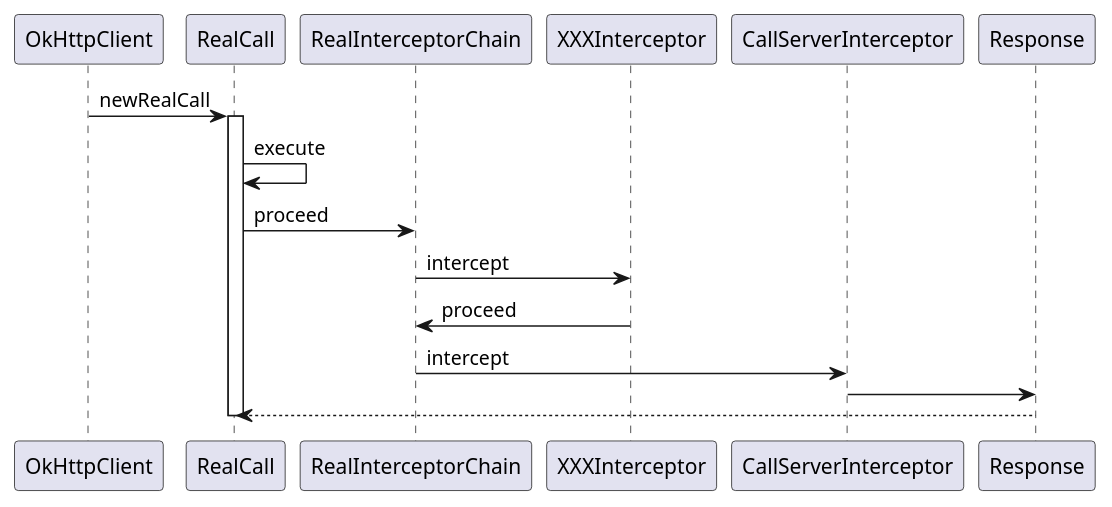
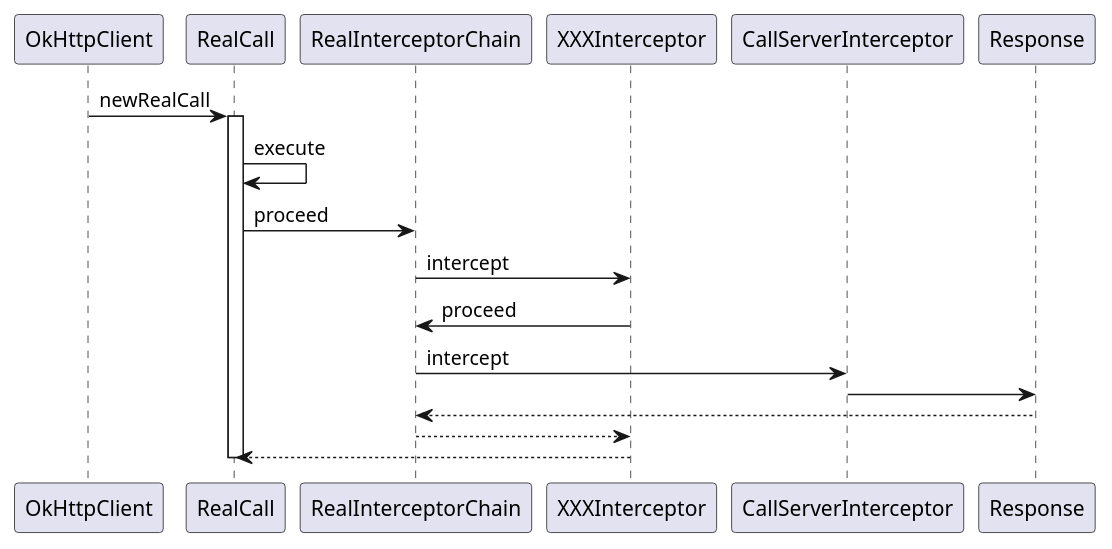
One commit to booqin/OkHttpSample changed the diagram in call.puml. Above: the diagram before and after it, drawn with PlantUML. The commit also changed 7 other files, not shown here.

```diff
--- a/call.puml
+++ b/call.puml
@@ -1,14 +1,16 @@
 @startuml
 OkHttpClient -> RealCall:newRealCall
 activate RealCall
 
 RealCall -> RealCall:execute
 RealCall -> RealInterceptorChain:proceed
 RealInterceptorChain -> XXXInterceptor:intercept
 XXXInterceptor -> RealInterceptorChain:proceed
 RealInterceptorChain -> CallServerInterceptor:intercept
 CallServerInterceptor -> Response
-RealCall <-- Response
+RealInterceptorChain <-- Response
+XXXInterceptor <-- RealInterceptorChain
+RealCall <-- XXXInterceptor
 
 deactivate RealCall
 @enduml
```
